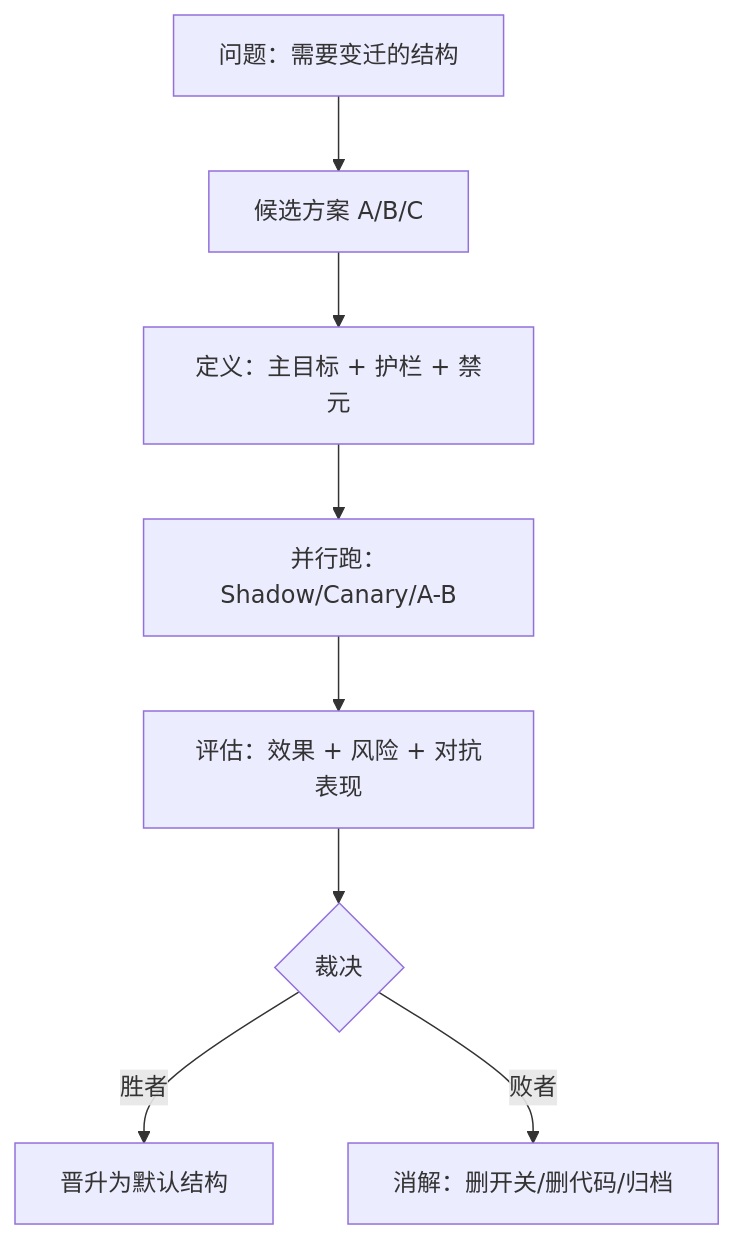
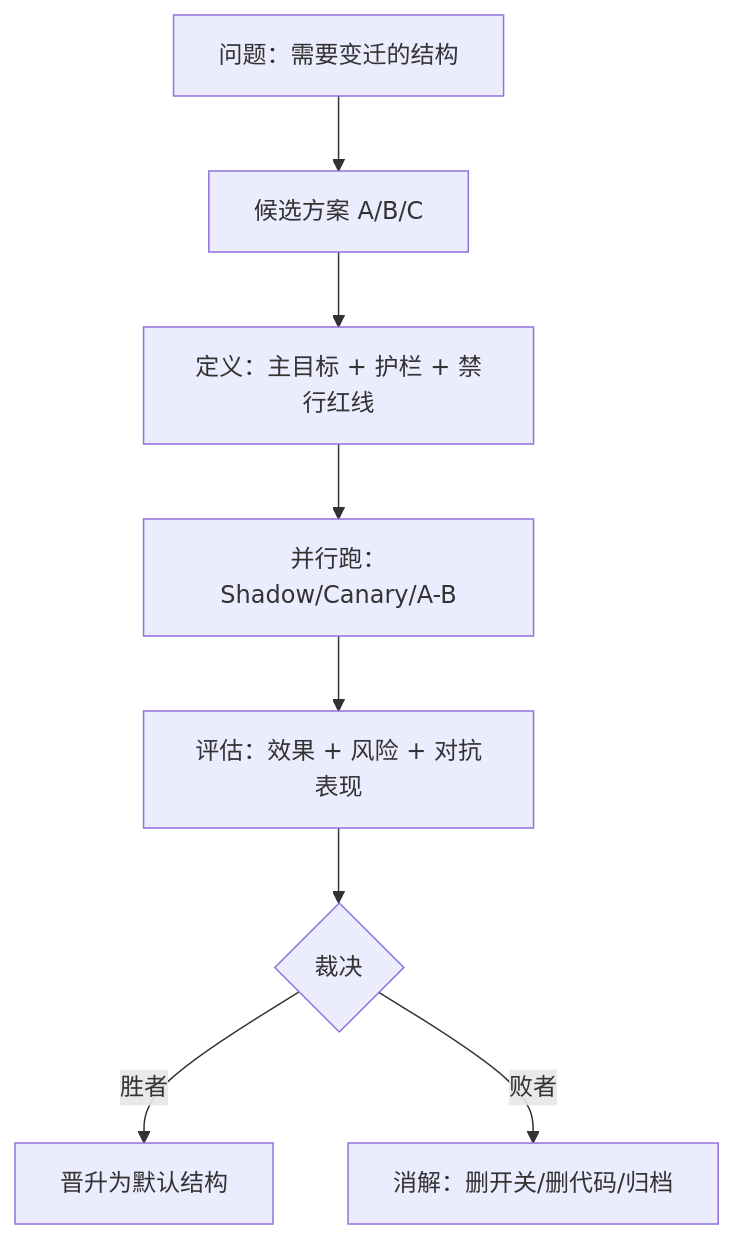
Before and after one commit to DeepKit/difference-monism: the third of 3 diagrams in 20-应用框架层（ASTO）/papers/工程版/ASTO.E05.工程实践手册.Eng.md, drawn with Mermaid. The commit also changed other lines of this file and 3451 other files, not shown here.

````diff
--- a/20-应用框架层（ASTO）/papers/工程版/ASTO.E05.工程实践手册.Eng.md
+++ b/20-应用框架层（ASTO）/papers/工程版/ASTO.E05.工程实践手册.Eng.md
@@ -459,10 +460,10 @@
 ```mermaid
 flowchart TD
     Q[问题：需要变迁的结构] --> Cand[候选方案 A/B/C]
-    Cand --> Guard[定义：主目标 + 护栏 + 禁元]
+    Cand --> Guard[定义：主目标 + 护栏 + 禁行红线]
     Guard --> Run[并行跑：Shadow/Canary/A-B]
     Run --> Eval[评估：效果 + 风险 + 对抗表现]
     Eval --> Decide{裁决}
     Decide -->|胜者| Promote[晋升为默认结构]
     Decide -->|败者| Sunset[消解：删开关/删代码/归档]
 ```
````
